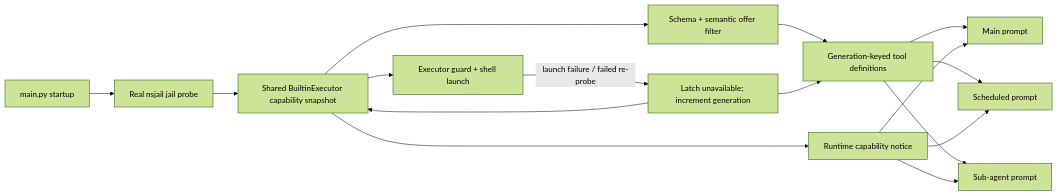
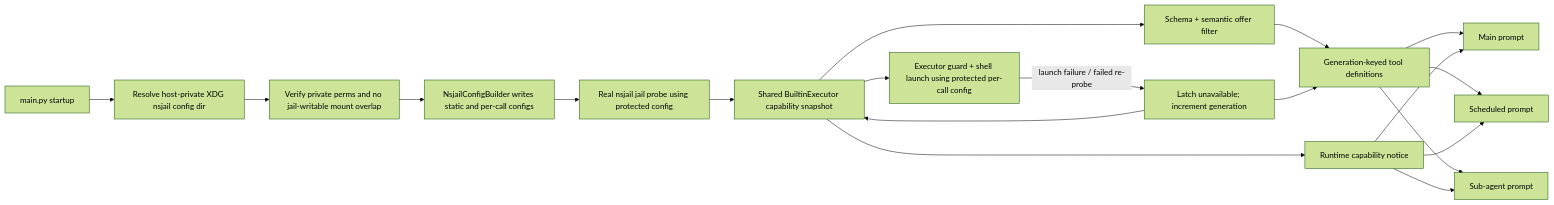
Before and after one commit to padlik/smallpieclaw: the diagram in openspec/changes/disable-unconfined-shell/design.md, drawn with Mermaid (forest theme). The commit also changed other lines of this file and 4 other files, not shown here.

Commit message:
docs(openspec): include nsjail config integrity in shell change

````diff
--- a/openspec/changes/disable-unconfined-shell/design.md
+++ b/openspec/changes/disable-unconfined-shell/design.md
@@ -7,18 +7,21 @@
 ```mermaid
 flowchart LR
-    Startup[main.py startup] --> Probe[Real nsjail jail probe]
+    Startup[main.py startup] --> ConfigDir[Resolve host-private XDG nsjail config dir]
+    ConfigDir --> Verify[Verify private perms and no jail-writable mount overlap]
+    Verify --> Builder[NsjailConfigBuilder writes static and per-call configs]
+    Builder --> Probe[Real nsjail jail probe using protected config]
     Probe --> Owner[Shared BuiltinExecutor capability snapshot]
-    Owner --> Exec[Executor guard + shell launch]
+    Owner --> Exec[Executor guard + shell launch using protected per-call config]
     Owner --> Offers[Schema + semantic offer filter]
     Offers --> Cache[Generation-keyed tool definitions]
     Owner --> Notice[Runtime capability notice]
     Cache --> Main[Main prompt]
     Cache --> Scheduled[Scheduled prompt]
     Cache --> Subagent[Sub-agent prompt]
     Notice --> Main
     Notice --> Scheduled
     Notice --> Subagent
     Exec -->|launch failure / failed re-probe| Latch[Latch unavailable; increment generation]
     Latch --> Owner
     Latch --> Cache
 ```
````
